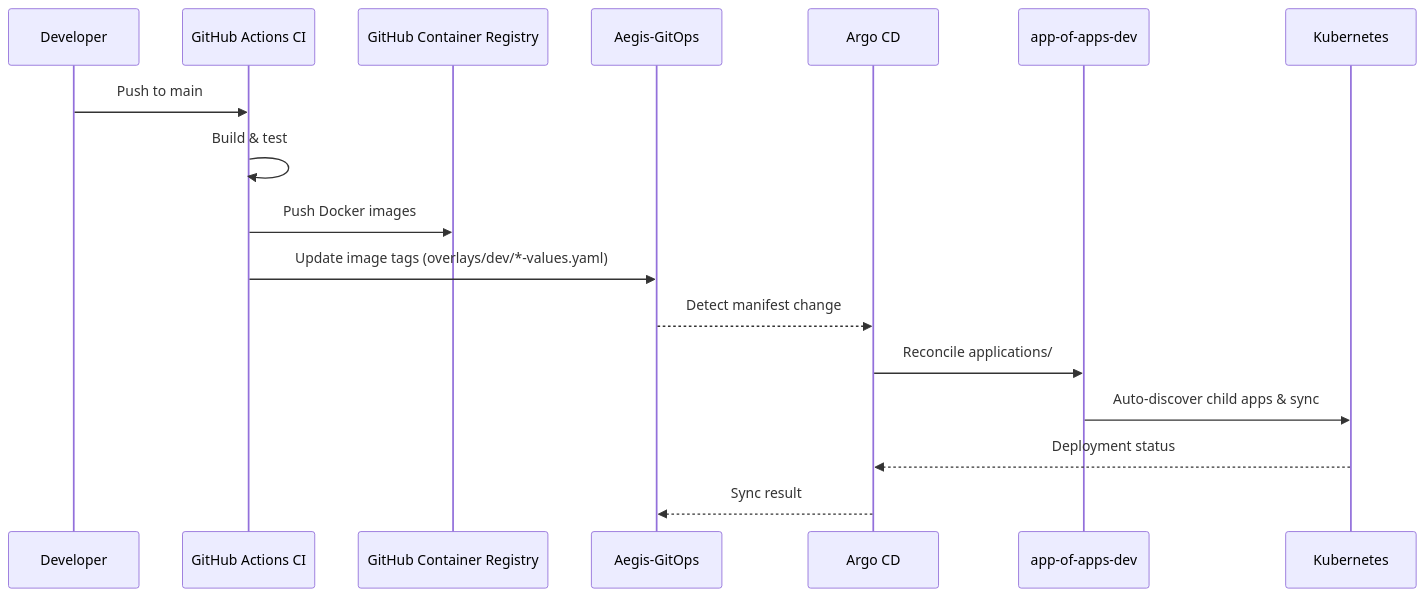
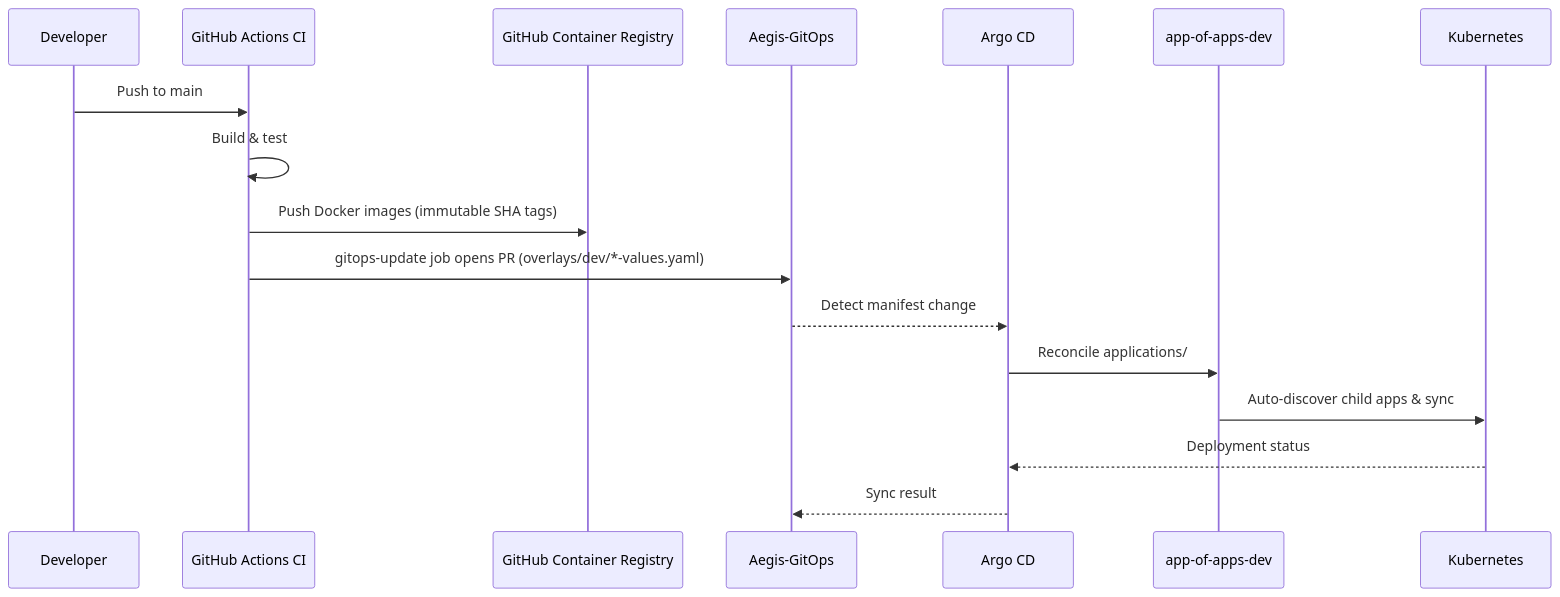
The second of 3 diagrams in docs/obsidian/05 - Infrastructure/GitOps.md (AlexAlvarezGallardo-GitHub/Aegis), drawn with Mermaid before and after one commit. The commit also changed other lines of this file and 87 other files, not shown here.

````diff
--- a/docs/obsidian/05 - Infrastructure/GitOps.md
+++ b/docs/obsidian/05 - Infrastructure/GitOps.md
@@ -72,20 +72,20 @@
 ```mermaid
 sequenceDiagram
     participant Dev as Developer
     participant CI as GitHub Actions CI
     participant GHCR as GitHub Container Registry
     participant GitOps as Aegis-GitOps
     participant Argo as Argo CD
     participant AppOfApps as app-of-apps-dev
     participant K8s as Kubernetes
 
     Dev->>CI: Push to main
     CI->>CI: Build & test
-    CI->>GHCR: Push Docker images
-    CI->>GitOps: Update image tags (overlays/dev/*-values.yaml)
+    CI->>GHCR: Push Docker images (immutable SHA tags)
+    CI->>GitOps: gitops-update job opens PR (overlays/dev/*-values.yaml)
     GitOps-->>Argo: Detect manifest change
     Argo->>AppOfApps: Reconcile applications/
     AppOfApps->>K8s: Auto-discover child apps & sync
     K8s-->>Argo: Deployment status
     Argo-->>GitOps: Sync result
 ```
````
